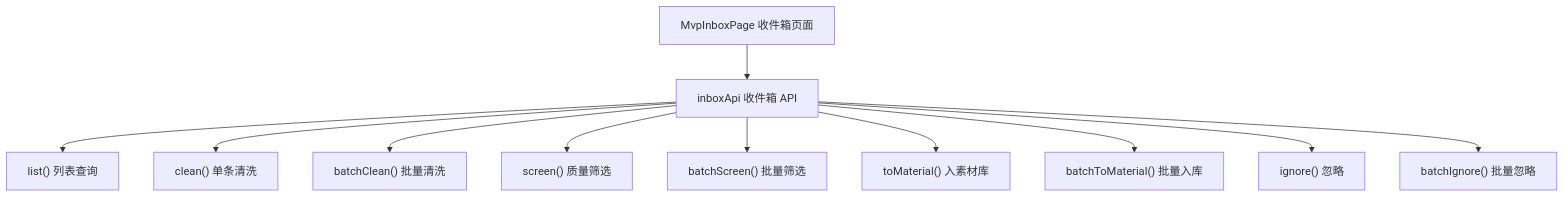
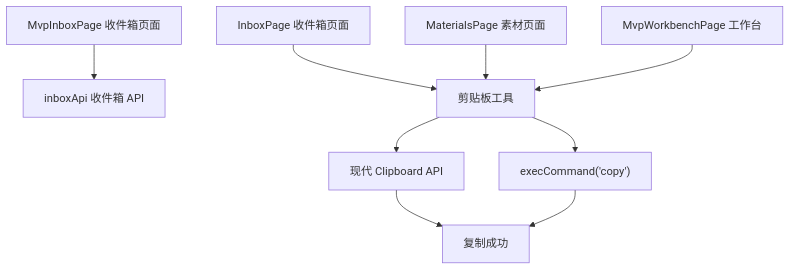
The eighth of 10 diagrams in .qoder/repowiki/zh/content/前端应用架构/桌面应用架构.md (dream-ze/AI_huoke-), drawn with Mermaid before and after one commit. The commit also changed other lines of this file and 220 other files, not shown here.

````diff
--- a/.qoder/repowiki/zh/content/前端应用架构/桌面应用架构.md
+++ b/.qoder/repowiki/zh/content/前端应用架构/桌面应用架构.md
@@ -299,13 +357,11 @@
 ```mermaid
 flowchart TD
 MvpInboxPage["MvpInboxPage 收件箱页面"] --> inboxApi["inboxApi 收件箱 API"]
-inboxApi --> List["list() 列表查询"]
-inboxApi --> Clean["clean() 单条清洗"]
-inboxApi --> BatchClean["batchClean() 批量清洗"]
-inboxApi --> Screen["screen() 质量筛选"]
-inboxApi --> BatchScreen["batchScreen() 批量筛选"]
-inboxApi --> ToMaterial["toMaterial() 入素材库"]
-inboxApi --> BatchToMaterial["batchToMaterial() 批量入库"]
-inboxApi --> Ignore["ignore() 忽略"]
-inboxApi --> BatchIgnore["batchIgnore() 批量忽略"]
+InboxPage["InboxPage 收件箱页面"] --> clipboard["剪贴板工具"]
+MaterialsPage["MaterialsPage 素材页面"] --> clipboard
+MvpWorkbenchPage["MvpWorkbenchPage 工作台"] --> clipboard
+clipboard --> ModernAPI["现代 Clipboard API"]
+clipboard --> LegacyMethod["execCommand('copy')"]
+ModernAPI --> Success["复制成功"]
+LegacyMethod --> Success
 ```
````
